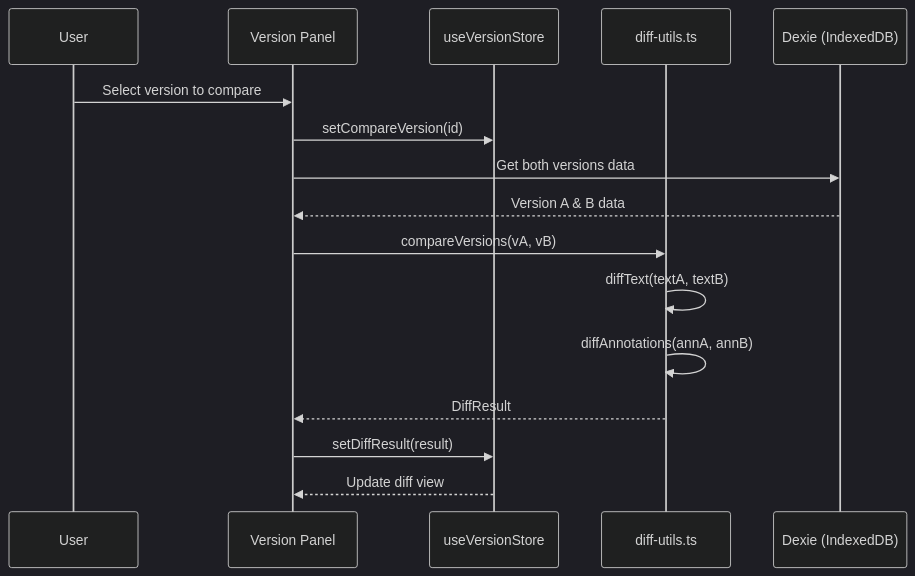
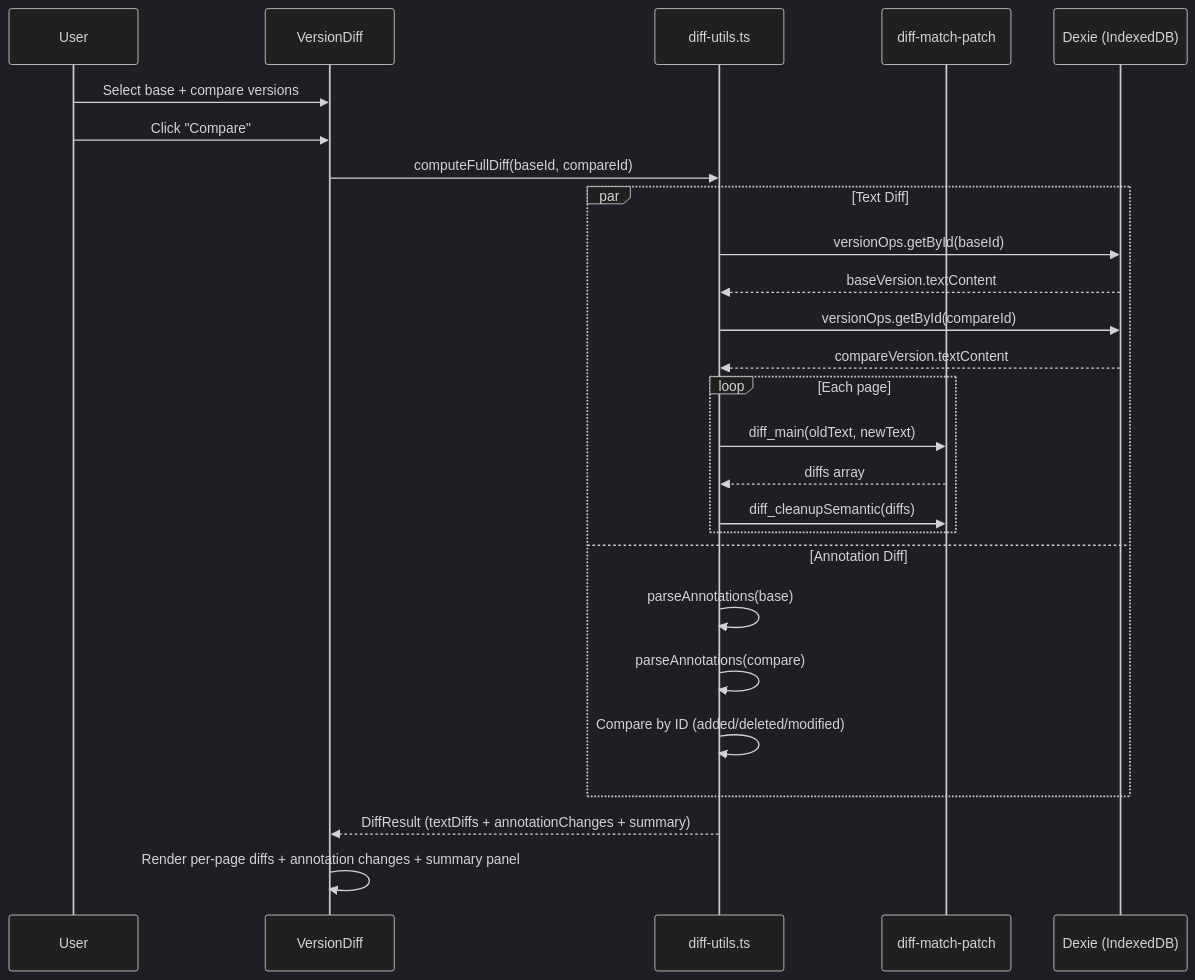
The fifth of 11 diagrams in ARCHITECTURE.md (hellosurbhi/pdf-review-tool), drawn with Mermaid (dark theme) before and after one commit. The commit also changed other lines of this file and 7 other files, not shown here.

First line of the commit message:
feat: version diff with text comparison and annotation diff overlay

````diff
--- a/ARCHITECTURE.md
+++ b/ARCHITECTURE.md
@@ -128,19 +128,29 @@
 ```mermaid
 sequenceDiagram
     participant User
-    participant UI as Version Panel
-    participant Store as useVersionStore
+    participant UI as VersionDiff
     participant DiffUtils as diff-utils.ts
+    participant DMP as diff-match-patch
     participant DB as Dexie (IndexedDB)
 
-    User->>UI: Select version to compare
-    UI->>Store: setCompareVersion(id)
-    UI->>DB: Get both versions data
-    DB-->>UI: Version A & B data
-    UI->>DiffUtils: compareVersions(vA, vB)
-    DiffUtils->>DiffUtils: diffText(textA, textB)
-    DiffUtils->>DiffUtils: diffAnnotations(annA, annB)
-    DiffUtils-->>UI: DiffResult
-    UI->>Store: setDiffResult(result)
-    Store-->>UI: Update diff view
+    User->>UI: Select base + compare versions
+    User->>UI: Click "Compare"
+    UI->>DiffUtils: computeFullDiff(baseId, compareId)
+    par Text Diff
+        DiffUtils->>DB: versionOps.getById(baseId)
+        DB-->>DiffUtils: baseVersion.textContent
+        DiffUtils->>DB: versionOps.getById(compareId)
+        DB-->>DiffUtils: compareVersion.textContent
+        loop Each page
+            DiffUtils->>DMP: diff_main(oldText, newText)
+            DMP-->>DiffUtils: diffs array
+            DiffUtils->>DMP: diff_cleanupSemantic(diffs)
+        end
+    and Annotation Diff
+        DiffUtils->>DiffUtils: parseAnnotations(base)
+        DiffUtils->>DiffUtils: parseAnnotations(compare)
+        DiffUtils->>DiffUtils: Compare by ID (added/deleted/modified)
+    end
+    DiffUtils-->>UI: DiffResult (textDiffs + annotationChanges + summary)
+    UI->>UI: Render per-page diffs + annotation changes + summary panel
 ```
````
